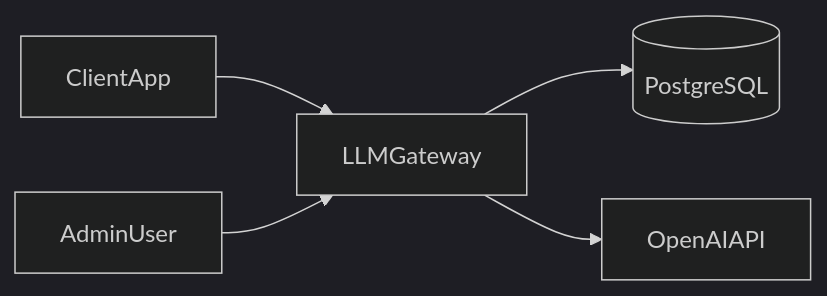
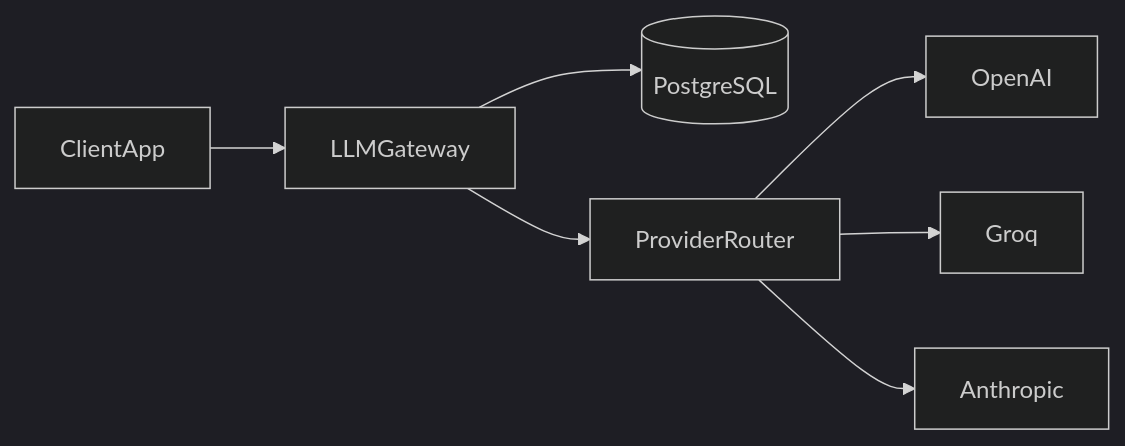
The first of 4 diagrams in docs/ARCHITECTURE.md (AseelHerzallah1/llm-gateway), drawn with Mermaid (dark theme) before and after one commit. The commit also changed other lines of this file and 23 other files, not shown here.

````diff
--- a/docs/ARCHITECTURE.md
+++ b/docs/ARCHITECTURE.md
@@ -5,7 +5,9 @@
 ```mermaid
 flowchart LR
     Client[ClientApp] --> Gateway[LLMGateway]
     Gateway --> DB[(PostgreSQL)]
-    Gateway --> OpenAI[OpenAIAPI]
-    Admin[AdminUser] --> Gateway
+    Gateway --> Router[ProviderRouter]
+    Router --> OpenAI[OpenAI]
+    Router --> Groq[Groq]
+    Router --> Anthropic[Anthropic]
 ```
````
